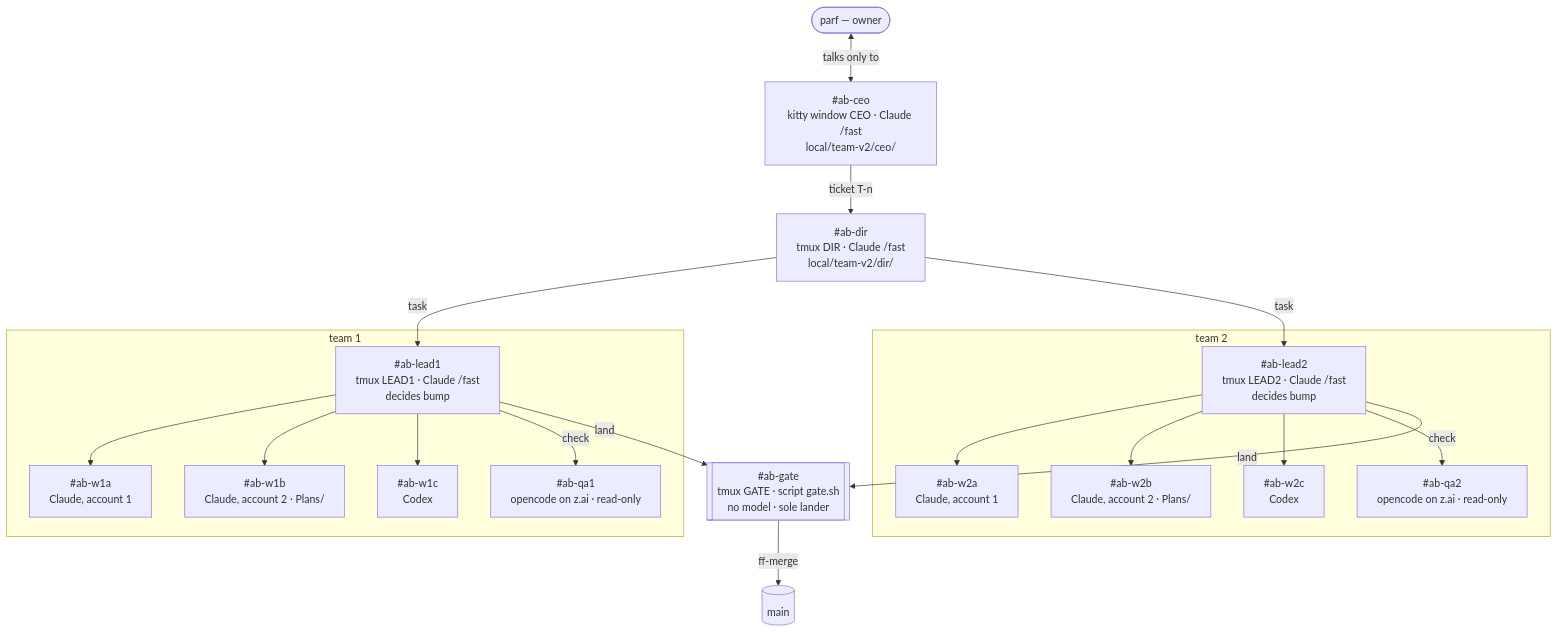
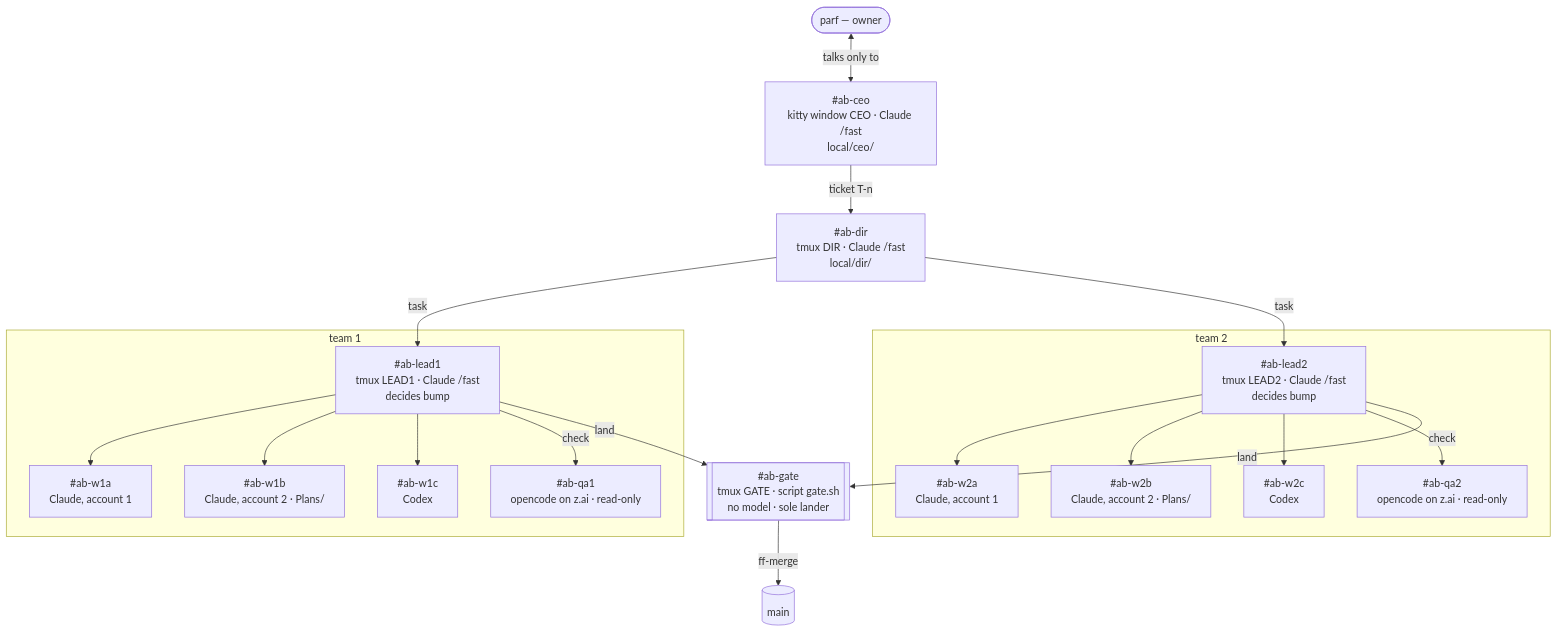
Before and after one commit to parf/ai-agent-bus: the first of 2 diagrams in Plans/Team.v2/README.md, drawn with Mermaid. The commit also changed other lines of this file, not shown here.

Commit message:
Team v2 files live directly in local/, with local/ceo and local/dir as the two sessions' directories

````diff
--- a/Plans/Team.v2/README.md
+++ b/Plans/Team.v2/README.md
@@ -27,31 +27,31 @@
 ```mermaid
 flowchart TD
   parf(["parf — owner"]) <-->|talks only to| ceo
-  ceo["#ab-ceo<br/>kitty window CEO · Claude /fast<br/>local/team-v2/ceo/"]
-  dir["#ab-dir<br/>tmux DIR · Claude /fast<br/>local/team-v2/dir/"]
+  ceo["#ab-ceo<br/>kitty window CEO · Claude /fast<br/>local/ceo/"]
+  dir["#ab-dir<br/>tmux DIR · Claude /fast<br/>local/dir/"]
   subgraph team1 ["team 1"]
     lead1["#ab-lead1<br/>tmux LEAD1 · Claude /fast<br/>decides bump"]
     w1a["#ab-w1a<br/>Claude, account 1"]
     w1b["#ab-w1b<br/>Claude, account 2 · Plans/"]
     w1c["#ab-w1c<br/>Codex"]
     qa1["#ab-qa1<br/>opencode on z.ai · read-only"]
   end
   subgraph team2 ["team 2"]
     lead2["#ab-lead2<br/>tmux LEAD2 · Claude /fast<br/>decides bump"]
     w2a["#ab-w2a<br/>Claude, account 1"]
     w2b["#ab-w2b<br/>Claude, account 2 · Plans/"]
     w2c["#ab-w2c<br/>Codex"]
     qa2["#ab-qa2<br/>opencode on z.ai · read-only"]
   end
   gate[["#ab-gate<br/>tmux GATE · script gate.sh<br/>no model · sole lander"]]
   main[("main")]
 
   ceo -->|ticket T-n| dir
   dir -->|task| lead1 & lead2
   lead1 --> w1a & w1b & w1c
   lead1 -->|check| qa1
   lead2 --> w2a & w2b & w2c
   lead2 -->|check| qa2
   lead1 & lead2 -->|land| gate
   gate -->|ff-merge| main
 ```
````
